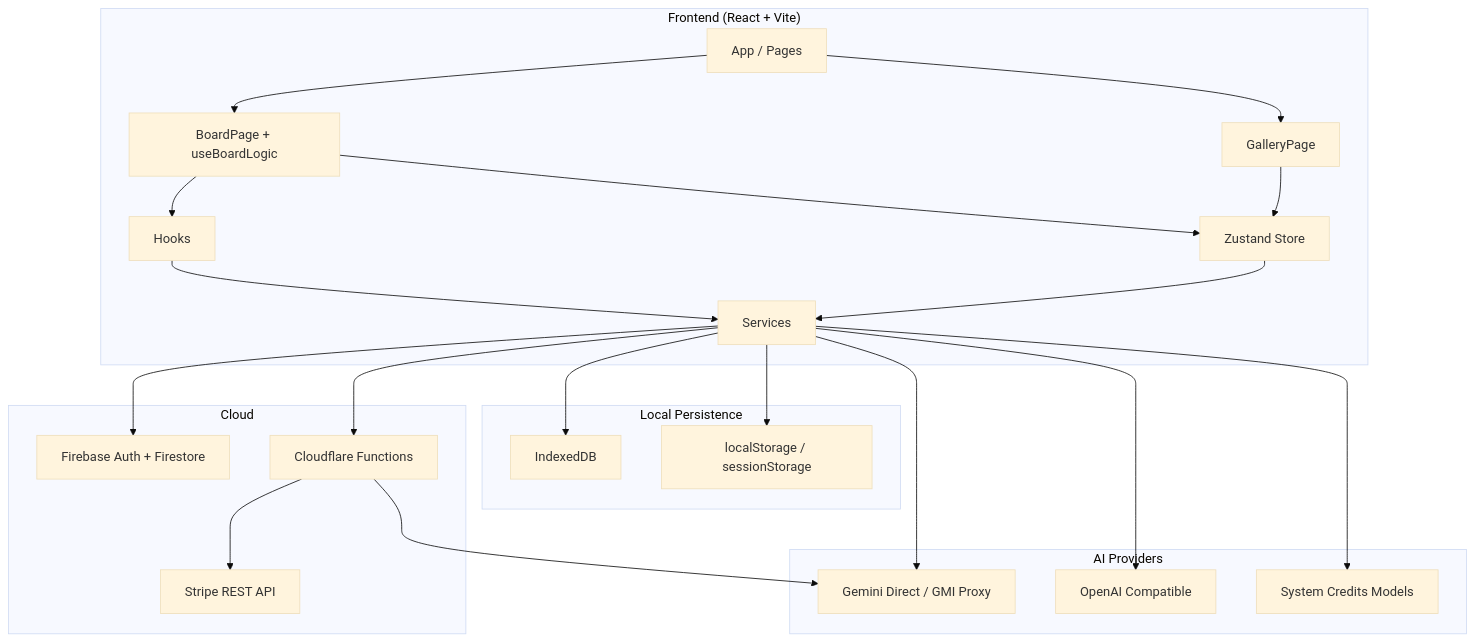
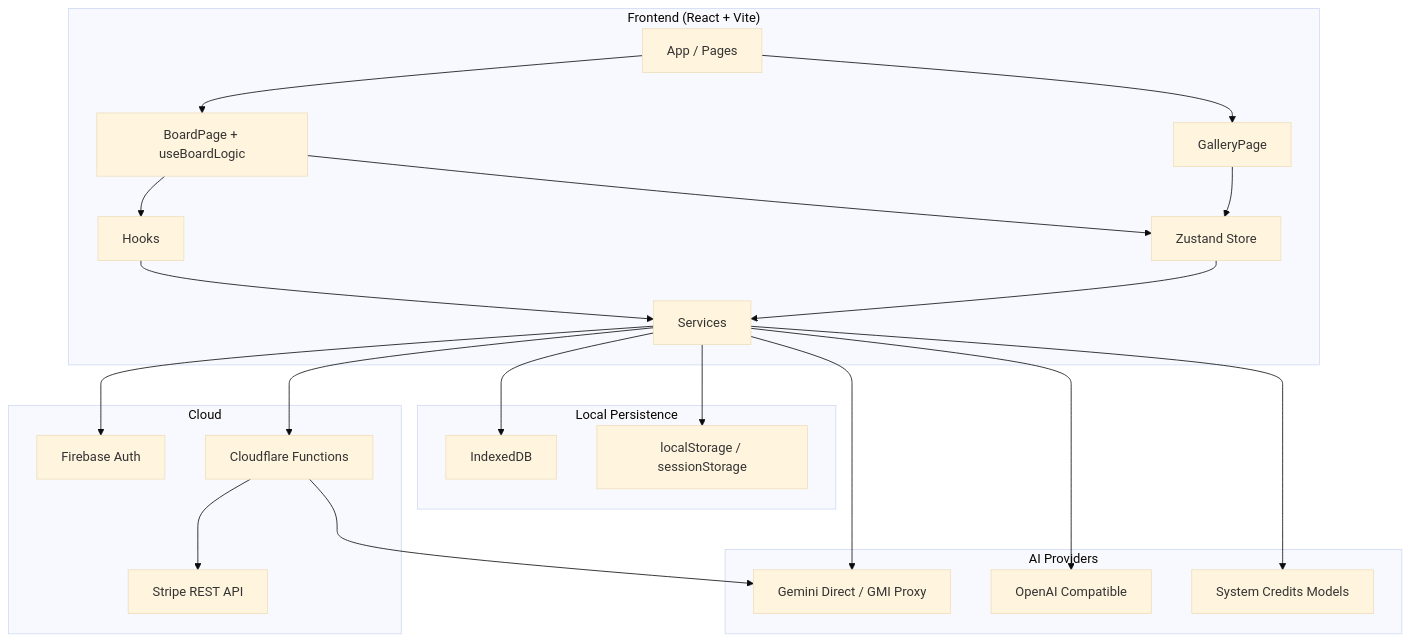
One commit to sorrow233/nexmap changed the first of 3 diagrams in docs/CODEBASE_DOCUMENTATION.md. Above: the diagram before and after it, drawn with Mermaid (base theme). The commit also changed other lines of this file and 23 other files, not shown here.

````diff
--- a/docs/CODEBASE_DOCUMENTATION.md
+++ b/docs/CODEBASE_DOCUMENTATION.md
@@ -121,45 +121,45 @@
 ```mermaid
 graph TB
     subgraph Frontend["Frontend (React + Vite)"]
         App["App / Pages"]
         Board["BoardPage + useBoardLogic"]
         Gallery["GalleryPage"]
         Store["Zustand Store"]
         Hooks["Hooks"]
         Services["Services"]
     end
 
     subgraph Local["Local Persistence"]
         IDB["IndexedDB"]
         LS["localStorage / sessionStorage"]
     end
 
     subgraph Cloud["Cloud"]
-        Firebase["Firebase Auth + Firestore"]
+        Firebase["Firebase Auth"]
         CF["Cloudflare Functions"]
         Stripe["Stripe REST API"]
     end
 
     subgraph AI["AI Providers"]
         Gemini["Gemini Direct / GMI Proxy"]
         OpenAI["OpenAI Compatible"]
         System["System Credits Models"]
     end
 
     App --> Board
     App --> Gallery
     Board --> Hooks
     Board --> Store
     Gallery --> Store
     Hooks --> Services
     Store --> Services
     Services --> IDB
     Services --> LS
     Services --> Firebase
     Services --> CF
     Services --> Gemini
     Services --> OpenAI
     Services --> System
     CF --> Gemini
     CF --> Stripe
 ```
````
